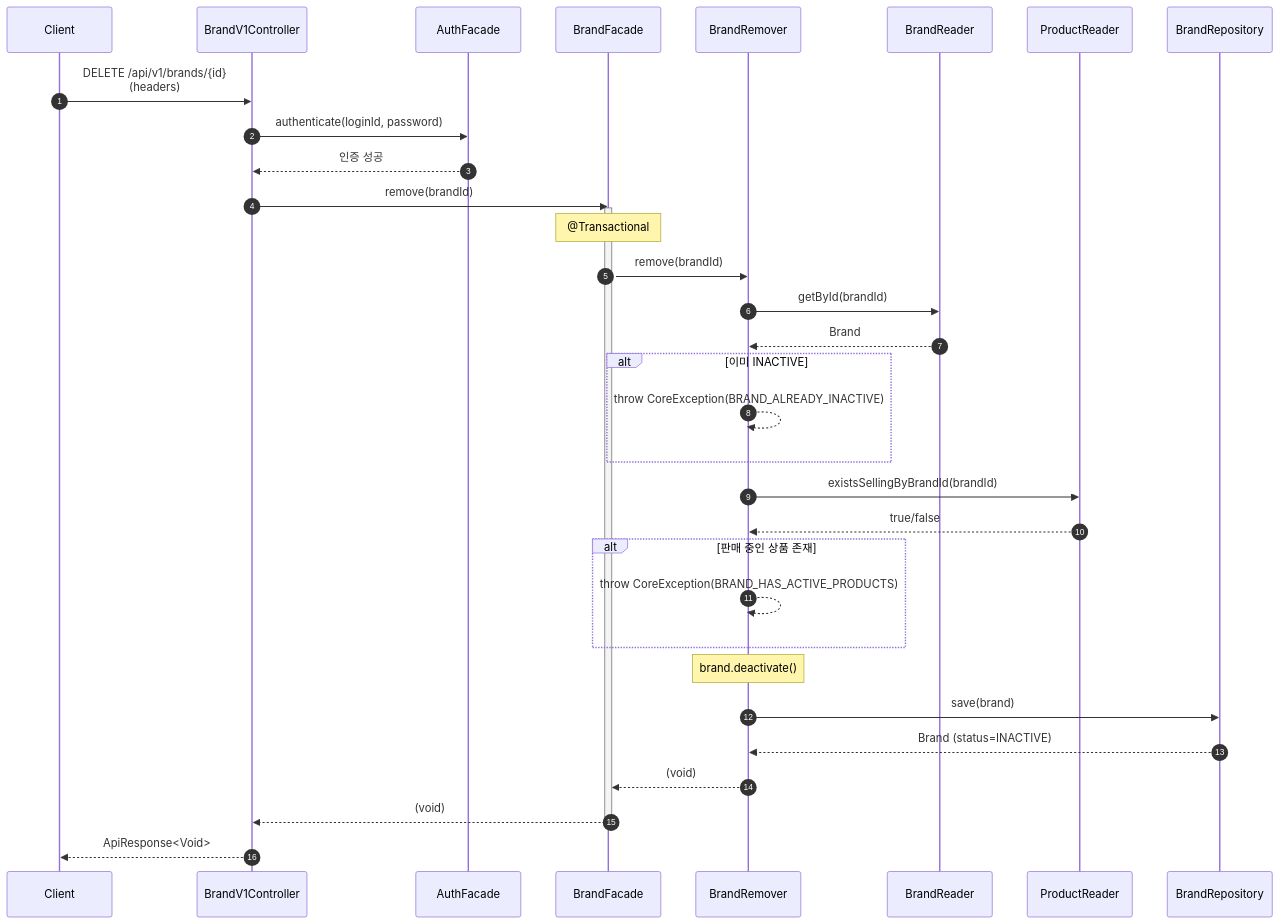
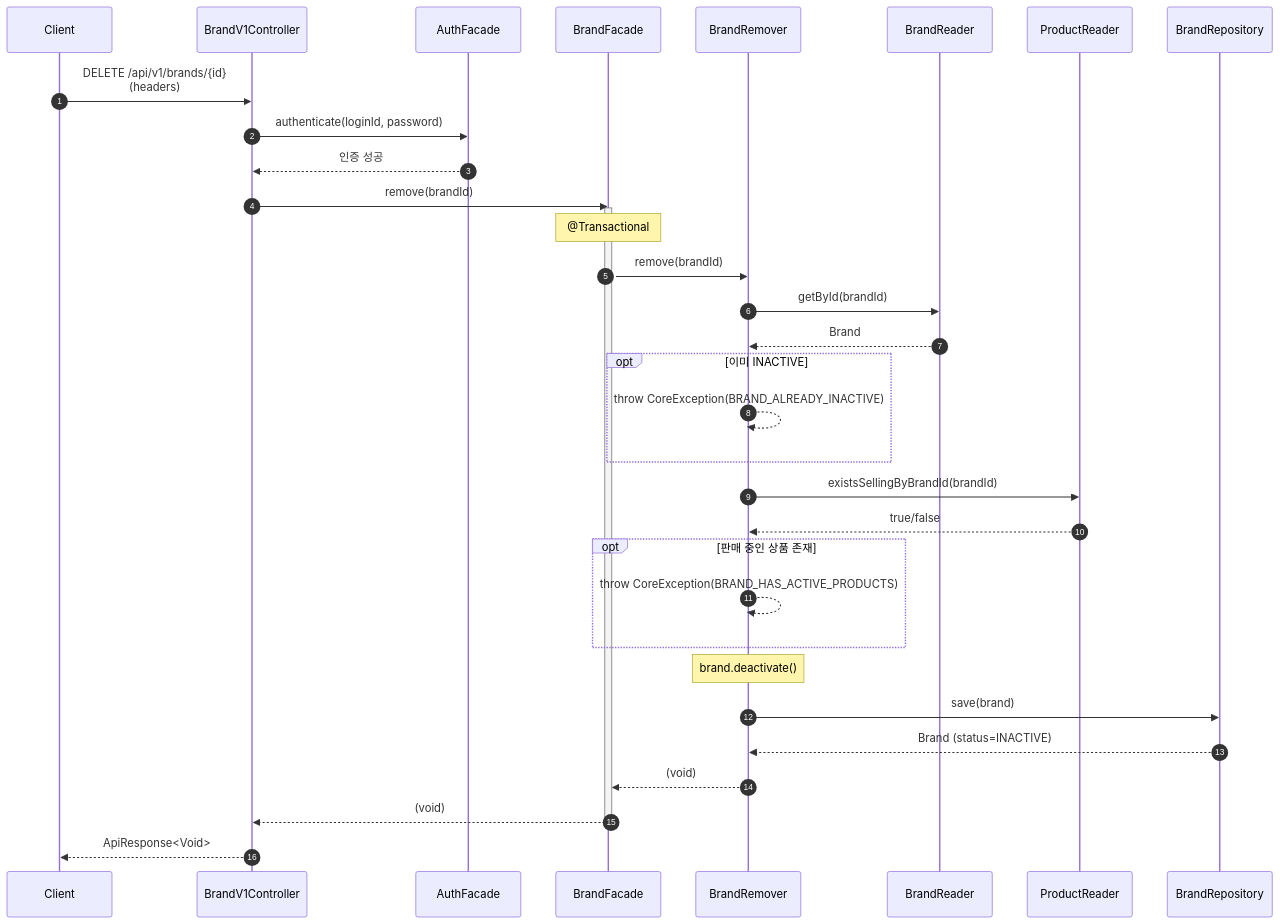
The eighth of 9 diagrams in .docs/design/02-sequence-diagrams.md (Loopers-dev-lab/loop-pack-be-l2-vol3-kotlin), drawn with Mermaid before and after one commit. The commit also changed other lines of this file and 1 other file, not shown here.

First line of the commit message:
docs(design): UML 표준 준수를 위한 다이어그램 표기법 수정

````diff
--- a/.docs/design/02-sequence-diagrams.md
+++ b/.docs/design/02-sequence-diagrams.md
@@ -383,48 +383,48 @@
 ```mermaid
 sequenceDiagram
     autonumber
     participant Client
     participant Controller as BrandV1Controller
     participant AuthFacade as AuthFacade
     participant Facade as BrandFacade
     participant Remover as BrandRemover
     participant BrandReader as BrandReader
     participant ProductReader as ProductReader
     participant BrandRepo as BrandRepository
 
     Client->>Controller: DELETE /api/v1/brands/{id}<br/>(headers)
     Controller->>AuthFacade: authenticate(loginId, password)
     AuthFacade-->>Controller: 인증 성공
 
     Controller->>Facade: remove(brandId)
     activate Facade
 
     Note over Facade: @Transactional
 
     Facade->>Remover: remove(brandId)
 
     Remover->>BrandReader: getById(brandId)
     BrandReader-->>Remover: Brand
 
-    alt 이미 INACTIVE
+    opt 이미 INACTIVE
         Remover-->>Remover: throw CoreException(BRAND_ALREADY_INACTIVE)
     end
 
     Remover->>ProductReader: existsSellingByBrandId(brandId)
     ProductReader-->>Remover: true/false
 
-    alt 판매 중인 상품 존재
+    opt 판매 중인 상품 존재
         Remover-->>Remover: throw CoreException(BRAND_HAS_ACTIVE_PRODUCTS)
     end
 
     Note over Remover: brand.deactivate()
 
     Remover->>BrandRepo: save(brand)
     BrandRepo-->>Remover: Brand (status=INACTIVE)
     Remover-->>Facade: (void)
 
     Facade-->>Controller: (void)
     deactivate Facade
 
     Controller-->>Client: ApiResponse<Void>
 ```
````
